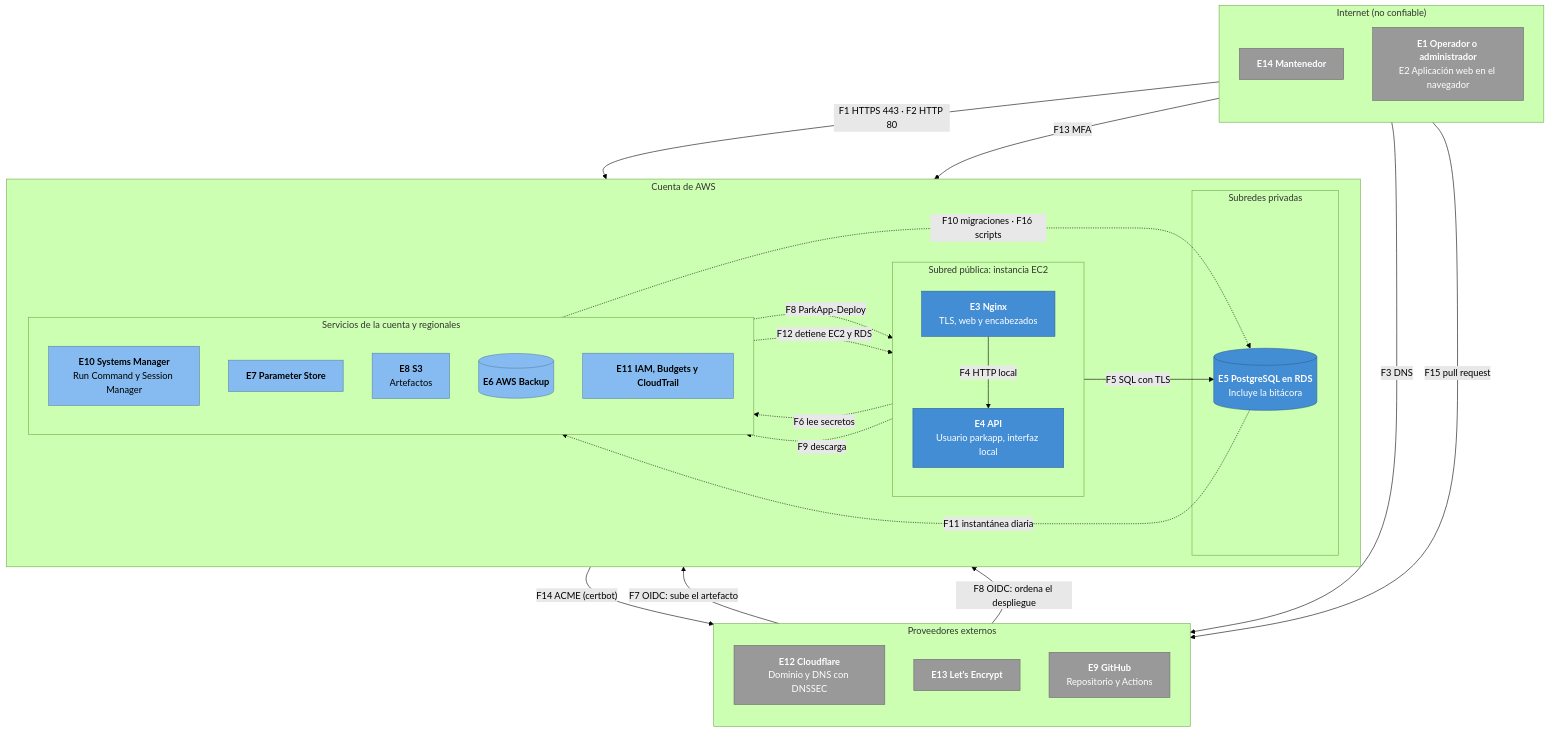
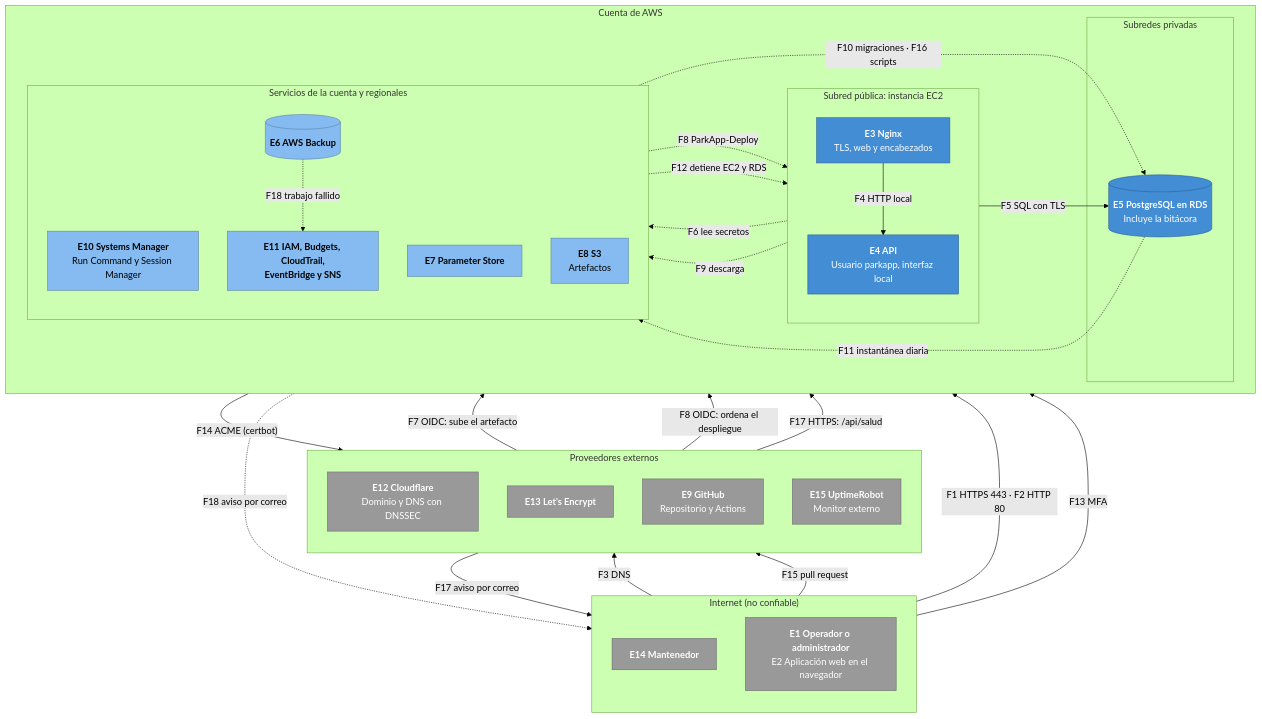
Before and after one commit to wrafael91/parkapp: the diagram in docs/modelo-amenazas.md, drawn with Mermaid (forest theme). The commit also changed other lines of this file and 8 other files, not shown here.

````diff
--- a/docs/modelo-amenazas.md
+++ b/docs/modelo-amenazas.md
@@ -108,58 +111,63 @@
 ```mermaid
 flowchart TB
     subgraph internet["Internet (no confiable)"]
         direction TB
         mant["<b>E14 Mantenedor</b>"]
         usuario["<b>E1 Operador o administrador</b><br/>E2 Aplicación web en el navegador"]
     end
 
     subgraph externos["Proveedores externos"]
         direction TB
         cf["<b>E12 Cloudflare</b><br/>Dominio y DNS con DNSSEC"]
         le["<b>E13 Let's Encrypt</b>"]
         gh["<b>E9 GitHub</b><br/>Repositorio y Actions"]
+        mon["<b>E15 UptimeRobot</b><br/>Monitor externo"]
     end
 
     subgraph aws["Cuenta de AWS"]
         direction LR
         subgraph pub["Subred pública: instancia EC2"]
             direction TB
             nginx["<b>E3 Nginx</b><br/>TLS, web y encabezados"]
             api["<b>E4 API</b><br/>Usuario parkapp, interfaz local"]
         end
         subgraph priv["Subredes privadas"]
             db[("<b>E5 PostgreSQL en RDS</b><br/>Incluye la bitácora")]
         end
         subgraph control["Servicios de la cuenta y regionales"]
             direction TB
             ssm["<b>E10 Systems Manager</b><br/>Run Command y Session Manager"]
             ps["<b>E7 Parameter Store</b>"]
             s3["<b>E8 S3</b><br/>Artefactos"]
             bk[("<b>E6 AWS Backup</b>")]
-            iam["<b>E11 IAM, Budgets y CloudTrail</b>"]
+            iam["<b>E11 IAM, Budgets, CloudTrail,<br/>EventBridge y SNS</b>"]
         end
     end
 
     usuario -- "F1 HTTPS 443 · F2 HTTP 80" --> nginx
     usuario -- "F3 DNS" --> cf
     nginx -- "F4 HTTP local" --> api
     api -- "F5 SQL con TLS" --> db
     api -. "F6 lee secretos" .-> ps
     gh -- "F7 OIDC: sube el artefacto" --> s3
     gh -- "F8 OIDC: ordena el despliegue" --> ssm
     ssm -. "F8 ParkApp-Deploy" .-> api
     pub -. "F9 descarga" .-> s3
     ssm -. "F10 migraciones · F16 scripts" .-> db
     db -. "F11 instantánea diaria" .-> bk
     iam -. "F12 detiene EC2 y RDS" .-> pub
     mant -- "F13 MFA" --> iam
     mant -- "F15 pull request" --> gh
     nginx -- "F14 ACME (certbot)" --> le
+    mon -- "F17 HTTPS: /api/salud" --> nginx
+    mon -- "F17 aviso por correo" --> mant
+    bk -. "F18 trabajo fallido" .-> iam
+    iam -. "F18 aviso por correo" .-> mant
 
     classDef ext fill:#999999,stroke:#6b6b6b,color:#ffffff
     classDef comp fill:#438dd5,stroke:#2e6295,color:#ffffff
     classDef svc fill:#85bbf0,stroke:#5d82a8,color:#000000
-    class usuario,mant,cf,le,gh ext
+    class usuario,mant,cf,le,gh,mon ext
     class nginx,api,db comp
     class ssm,ps,s3,bk,iam svc
 ```
````
